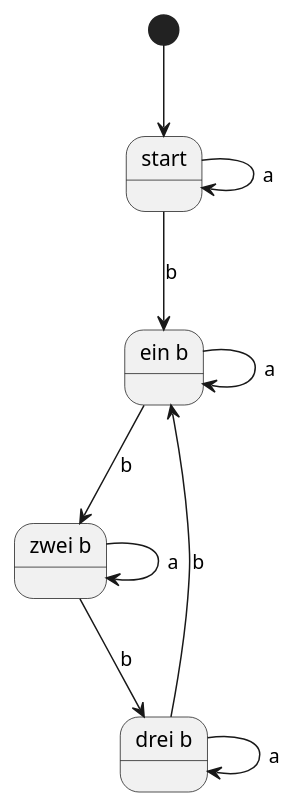
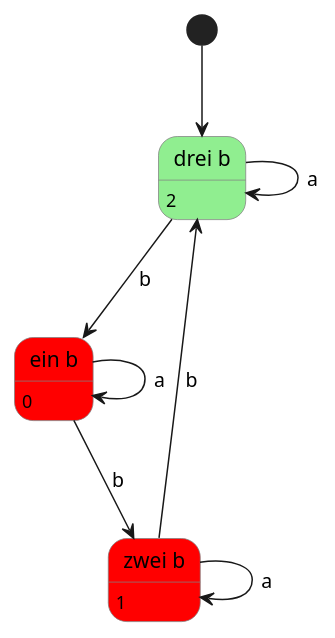
The diagram in src/main/resources/uebung3/exercise04b.puml (phbenisc/msiComplexTheorie), drawn with PlantUML before and after one commit. The commit also changed 7 other files, not shown here.

Commit message:
feat(uebung1): made DFA diagrams nice

```diff
--- a/src/main/resources/uebung3/exercise04b.puml
+++ b/src/main/resources/uebung3/exercise04b.puml
@@ -1,24 +1,27 @@
 @startuml
-[*] --> 0
+skinparam state {
+  BackgroundColor<<YES>> LightGreen
+  BackgroundColor<<NO>> Red
+  BorderColor Gray
+}
 
-state "start" as 0
+[*] --> 2
 
-state "ein b" as 1
-state "zwei b" as 2
-state "drei b" as 3
+state "ein b" as 0 <<NO>>
+state "zwei b" as 1 <<NO>>
+state "drei b" as 2 <<YES>>
+
+0: 0
+1: 1
+2: 2
 
 0 --> 1 : b
 0 --> 0 : a
-'1 --> 2 : a
 
+1 --> 1 : a
 1 --> 2 : b
-'2 --> 1 : b
-1 --> 1 : a
+
+2 --> 0 : b
 2 --> 2 : a
 
-2 --> 3 : b
-3 --> 3 : a
-
-3 --> 1 : b
-
 @enduml
```
